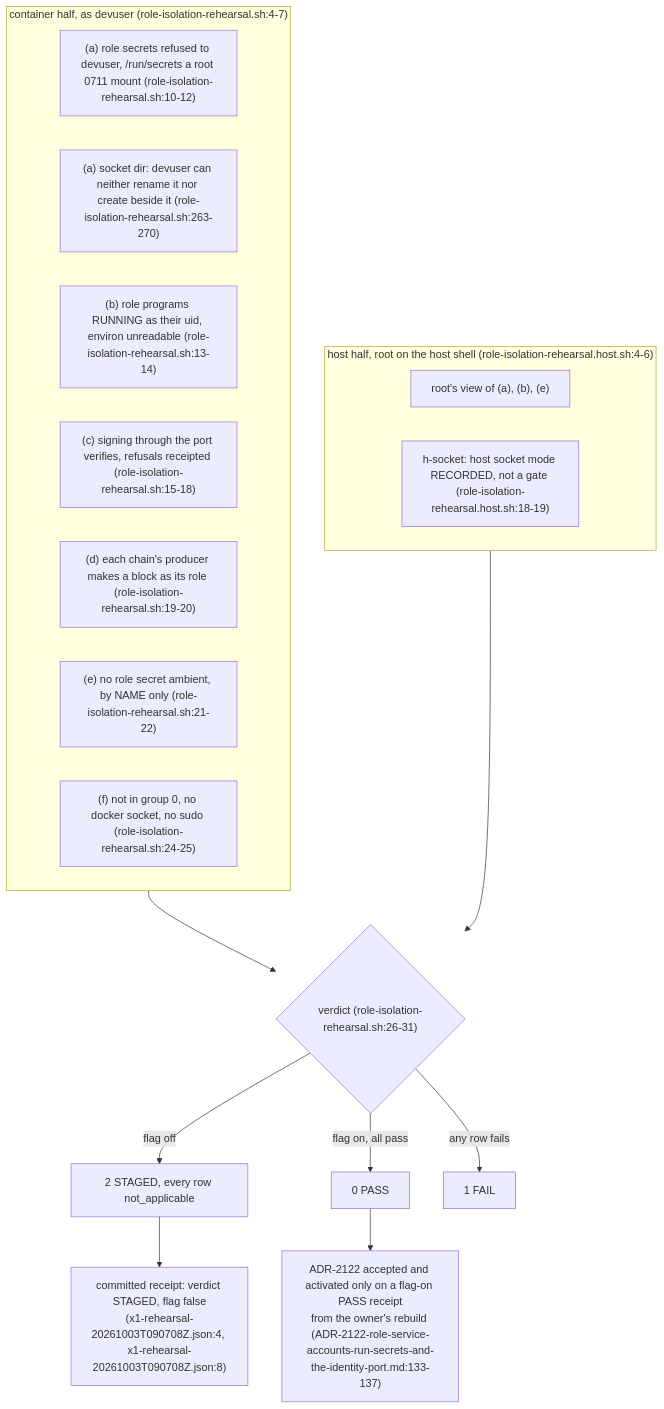
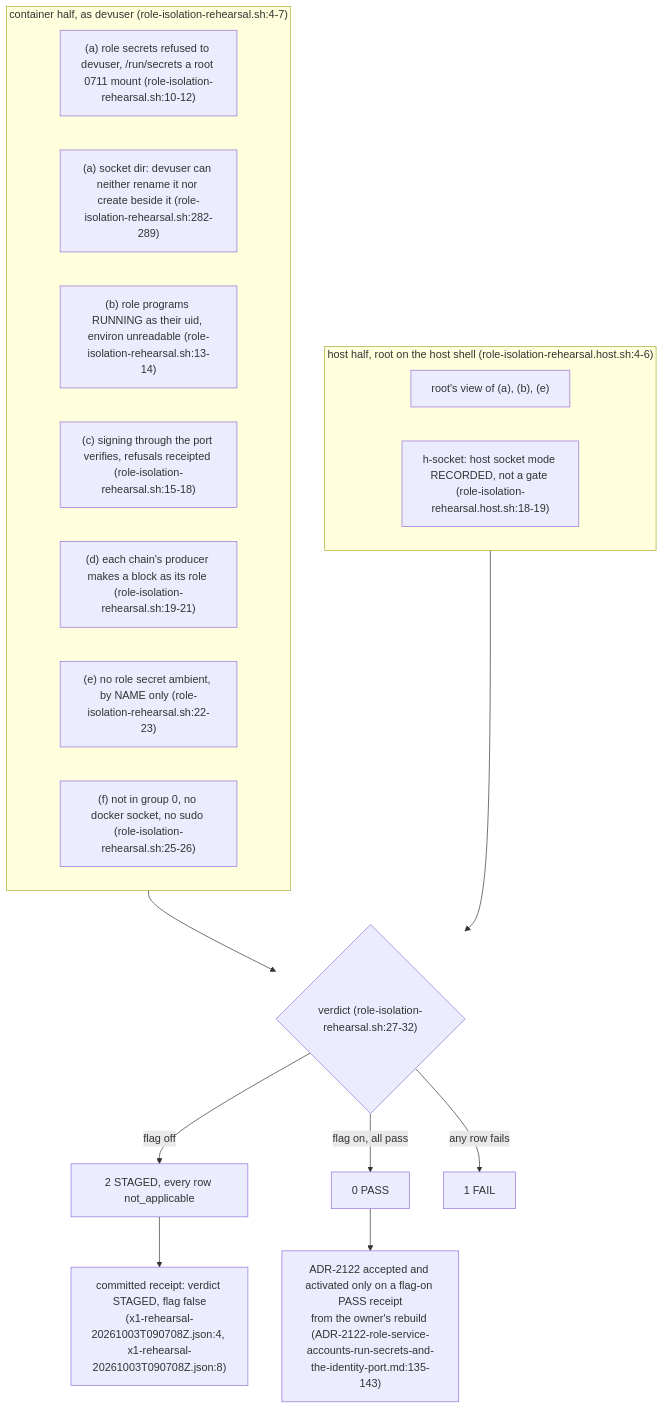
One commit to DreamLab-AI/VisionFlow changed the seventh of 7 diagrams in docs/diagrams/agentbox/36-role-isolation-and-identity-port.md. Above: the diagram before and after it, drawn with Mermaid. The commit also changed other lines of this file and 4 other files, not shown here.

````diff
--- a/docs/diagrams/agentbox/36-role-isolation-and-identity-port.md
+++ b/docs/diagrams/agentbox/36-role-isolation-and-identity-port.md
@@ -227,24 +231,24 @@
 ```mermaid
 flowchart TB
     subgraph IN["container half, as devuser (role-isolation-rehearsal.sh:4-7)"]
         A["(a) role secrets refused to devuser, /run/secrets a root 0711 mount (role-isolation-rehearsal.sh:10-12)"]
-        A2["(a) socket dir: devuser can neither rename it nor create beside it (role-isolation-rehearsal.sh:263-270)"]
+        A2["(a) socket dir: devuser can neither rename it nor create beside it (role-isolation-rehearsal.sh:282-289)"]
         B["(b) role programs RUNNING as their uid, environ unreadable (role-isolation-rehearsal.sh:13-14)"]
         C["(c) signing through the port verifies, refusals receipted (role-isolation-rehearsal.sh:15-18)"]
-        D["(d) each chain's producer makes a block as its role (role-isolation-rehearsal.sh:19-20)"]
-        E["(e) no role secret ambient, by NAME only (role-isolation-rehearsal.sh:21-22)"]
-        F["(f) not in group 0, no docker socket, no sudo (role-isolation-rehearsal.sh:24-25)"]
+        D["(d) each chain's producer makes a block as its role (role-isolation-rehearsal.sh:19-21)"]
+        E["(e) no role secret ambient, by NAME only (role-isolation-rehearsal.sh:22-23)"]
+        F["(f) not in group 0, no docker socket, no sudo (role-isolation-rehearsal.sh:25-26)"]
     end
     subgraph HOST["host half, root on the host shell (role-isolation-rehearsal.host.sh:4-6)"]
         H1["root's view of (a), (b), (e)"]
         H2["h-socket: host socket mode RECORDED, not a gate (role-isolation-rehearsal.host.sh:18-19)"]
     end
-    V{"verdict (role-isolation-rehearsal.sh:26-31)"}
+    V{"verdict (role-isolation-rehearsal.sh:27-32)"}
     IN --> V
     HOST --> V
     V -->|"flag off"| ST["2 STAGED, every row not_applicable"]
     V -->|"flag on, all pass"| PA["0 PASS"]
     V -->|"any row fails"| FA["1 FAIL"]
     ST --> REC["committed receipt: verdict STAGED, flag false<br/>(x1-rehearsal-20261003T090708Z.json:4, x1-rehearsal-20261003T090708Z.json:8)"]
-    PA --> ACC["ADR-2122 accepted and activated only on a flag-on PASS receipt<br/>from the owner's rebuild (ADR-2122-role-service-accounts-run-secrets-and-the-identity-port.md:133-137)"]
+    PA --> ACC["ADR-2122 accepted and activated only on a flag-on PASS receipt<br/>from the owner's rebuild (ADR-2122-role-service-accounts-run-secrets-and-the-identity-port.md:135-143)"]
 ```
````
